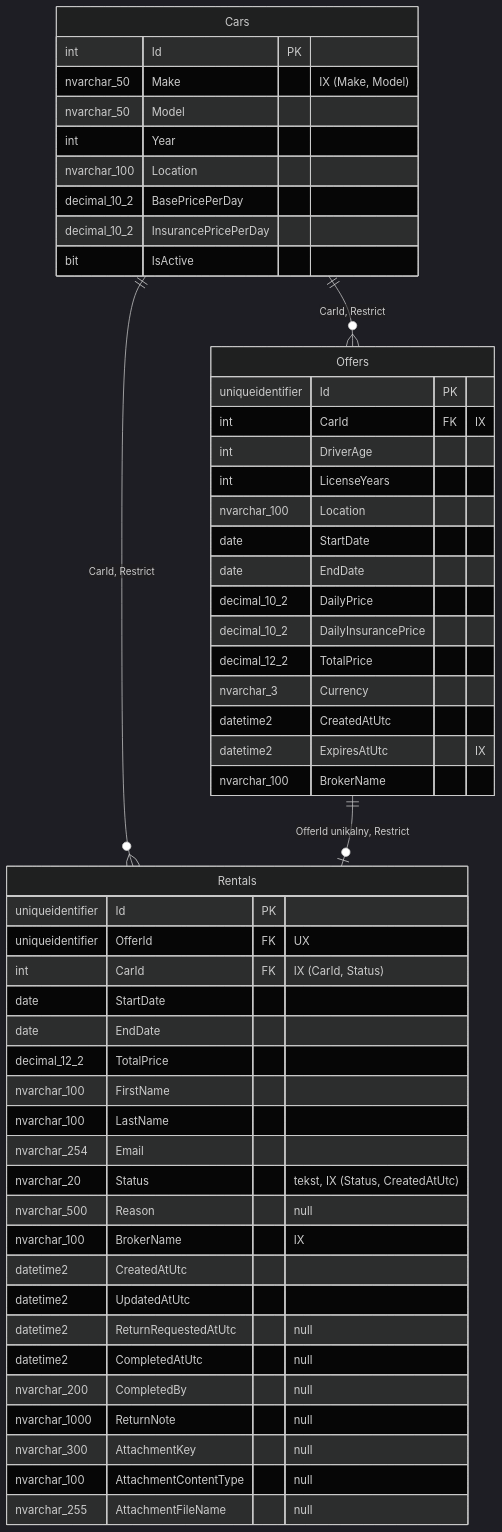
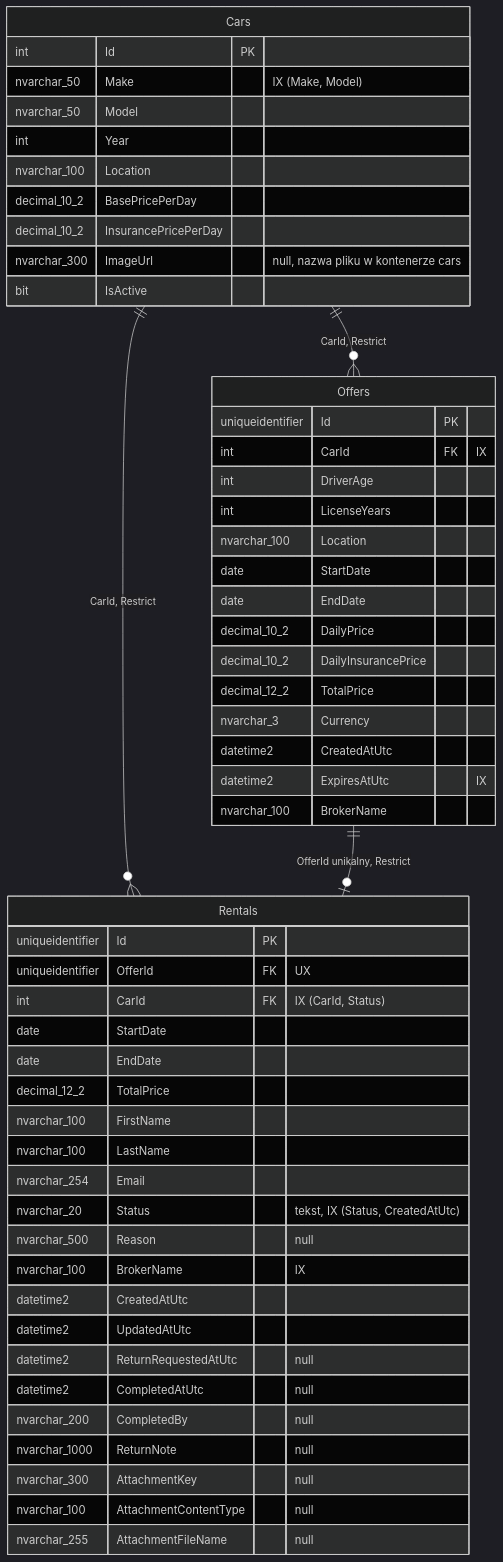
One commit to CarRentalss/CarRentals changed the diagram in docs/diagrams/er-carrental.mmd. Above: the diagram before and after it, drawn with Mermaid (dark theme). The commit also changed 89 other files, not shown here.

```diff
--- a/docs/diagrams/er-carrental.mmd
+++ b/docs/diagrams/er-carrental.mmd
@@ -1,54 +1,55 @@
 erDiagram
   Cars ||--o{ Offers : "CarId, Restrict"
   Cars ||--o{ Rentals : "CarId, Restrict"
   Offers ||--o| Rentals : "OfferId unikalny, Restrict"
 
   Cars {
     int Id PK
     nvarchar_50 Make "IX (Make, Model)"
     nvarchar_50 Model
     int Year
     nvarchar_100 Location
     decimal_10_2 BasePricePerDay
     decimal_10_2 InsurancePricePerDay
+    nvarchar_300 ImageUrl "null, nazwa pliku w kontenerze cars"
     bit IsActive
   }
   Offers {
     uniqueidentifier Id PK
     int CarId FK "IX"
     int DriverAge
     int LicenseYears
     nvarchar_100 Location
     date StartDate
     date EndDate
     decimal_10_2 DailyPrice
     decimal_10_2 DailyInsurancePrice
     decimal_12_2 TotalPrice
     nvarchar_3 Currency
     datetime2 CreatedAtUtc
     datetime2 ExpiresAtUtc "IX"
     nvarchar_100 BrokerName
   }
   Rentals {
     uniqueidentifier Id PK
     uniqueidentifier OfferId FK "UX"
     int CarId FK "IX (CarId, Status)"
     date StartDate
     date EndDate
     decimal_12_2 TotalPrice
     nvarchar_100 FirstName
     nvarchar_100 LastName
     nvarchar_254 Email
     nvarchar_20 Status "tekst, IX (Status, CreatedAtUtc)"
     nvarchar_500 Reason "null"
     nvarchar_100 BrokerName "IX"
     datetime2 CreatedAtUtc
     datetime2 UpdatedAtUtc
     datetime2 ReturnRequestedAtUtc "null"
     datetime2 CompletedAtUtc "null"
     nvarchar_200 CompletedBy "null"
     nvarchar_1000 ReturnNote "null"
     nvarchar_300 AttachmentKey "null"
     nvarchar_100 AttachmentContentType "null"
     nvarchar_255 AttachmentFileName "null"
   }
```
